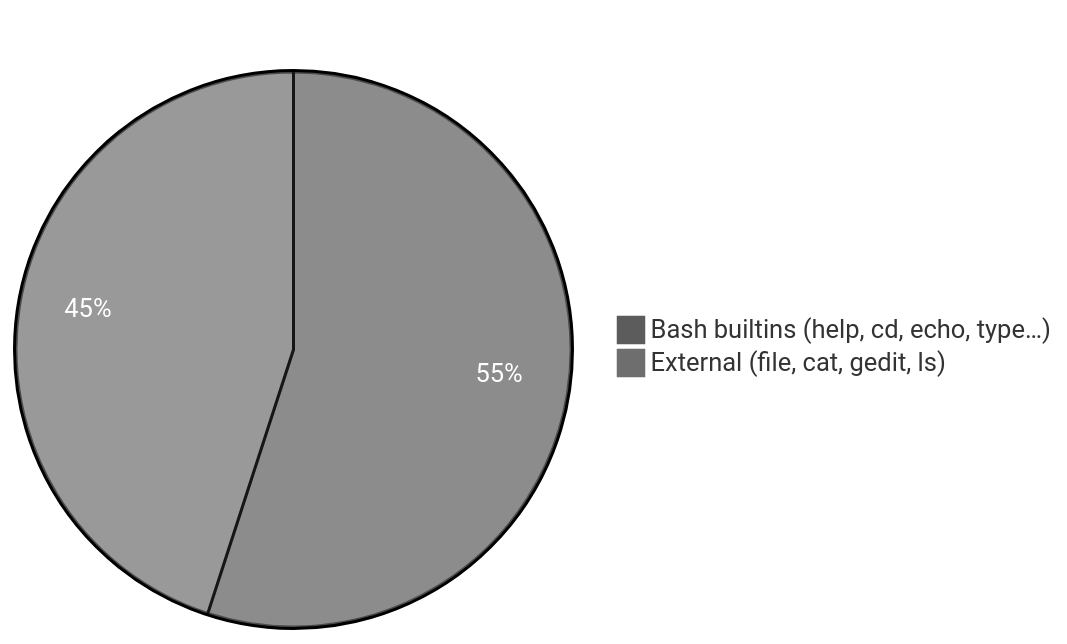
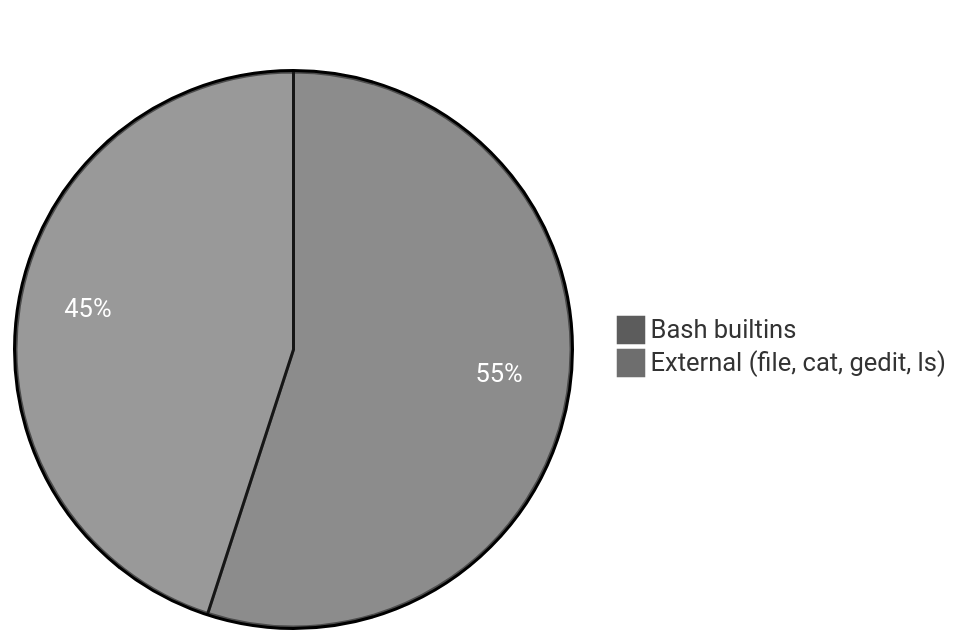
The diagram in scripts-execution-summary/bash-built-in-commands.md (chaitussm/Linux-Basics), drawn with Mermaid before and after one commit. The commit also changed other lines of this file and 10 other files, not shown here.

````diff
--- a/scripts-execution-summary/bash-built-in-commands.md
+++ b/scripts-execution-summary/bash-built-in-commands.md
@@ -6,6 +6,6 @@
 ```mermaid
 %%{init: {'theme': 'base', 'themeVariables': {'pie1': '#5c5c5c', 'pie2': '#6e6e6e', 'pie3': '#4a4a4a', 'pie4': '#7a7a7a', 'pieTitleTextColor': '#ffffff', 'pieSectionTextColor': '#ffffff'}}}%%
 pie title Built-in vs external in demos
-    "Bash builtins (help, cd, echo, type…)" : 55
+    "Bash builtins" : 55
     "External (file, cat, gedit, ls)" : 45
 ```
````
